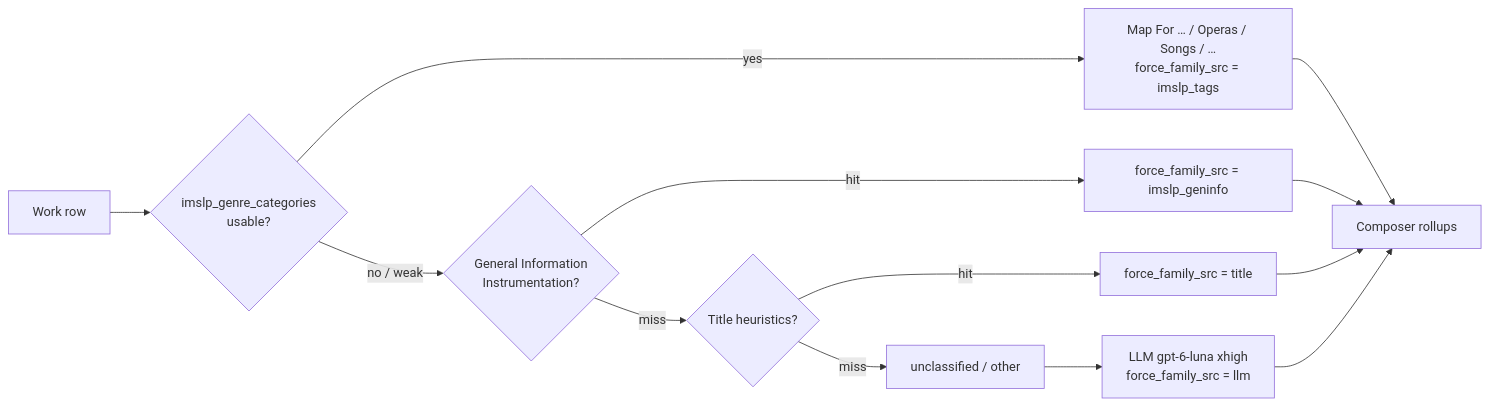
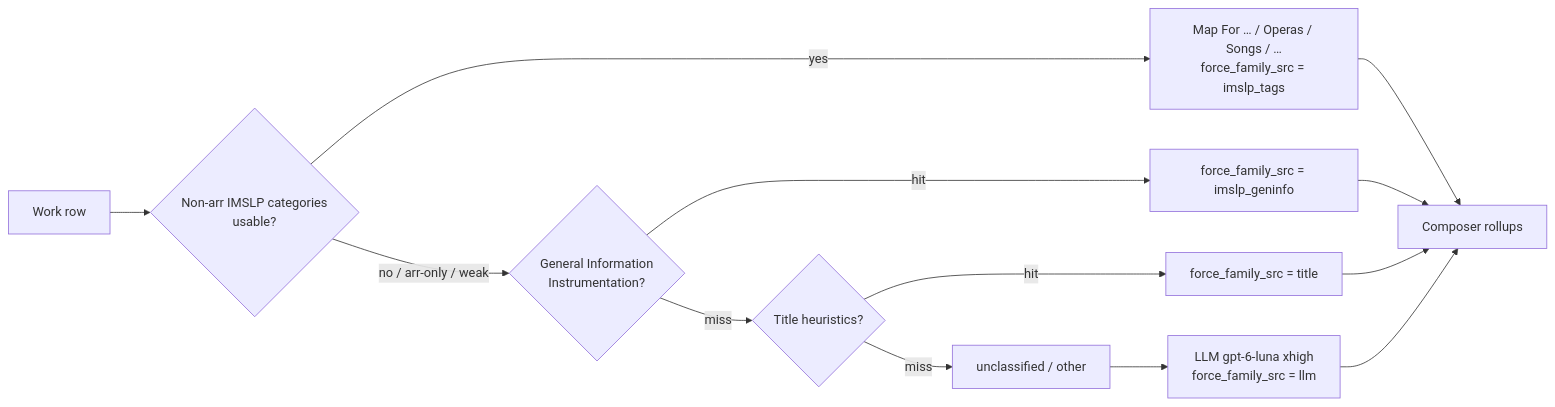
The second of 2 diagrams in docs/PIPELINE.md (egorpol/eu-pd-composers), drawn with Mermaid before and after one commit. The commit also changed other lines of this file and 29 other files, not shown here.

````diff
--- a/docs/PIPELINE.md
+++ b/docs/PIPELINE.md
@@ -71,15 +71,15 @@
 ```mermaid
 flowchart LR
-  A[Work row] --> B{imslp_genre_categories<br/>usable?}
+  A[Work row] --> B{Non-arr IMSLP categories<br/>usable?}
   B -->|yes| C[Map For … / Operas / Songs / …<br/>force_family_src = imslp_tags]
-  B -->|no / weak| GI{General Information<br/>Instrumentation?}
+  B -->|no / arr-only / weak| GI{General Information<br/>Instrumentation?}
   GI -->|hit| GIsrc[force_family_src = imslp_geninfo]
   GI -->|miss| D{Title heuristics?}
   D -->|hit| E[force_family_src = title]
   D -->|miss| F[unclassified / other]
   F --> G[LLM gpt-6-luna xhigh<br/>force_family_src = llm]
   C --> H[Composer rollups]
   GIsrc --> H
   E --> H
   G --> H
 ```
````
